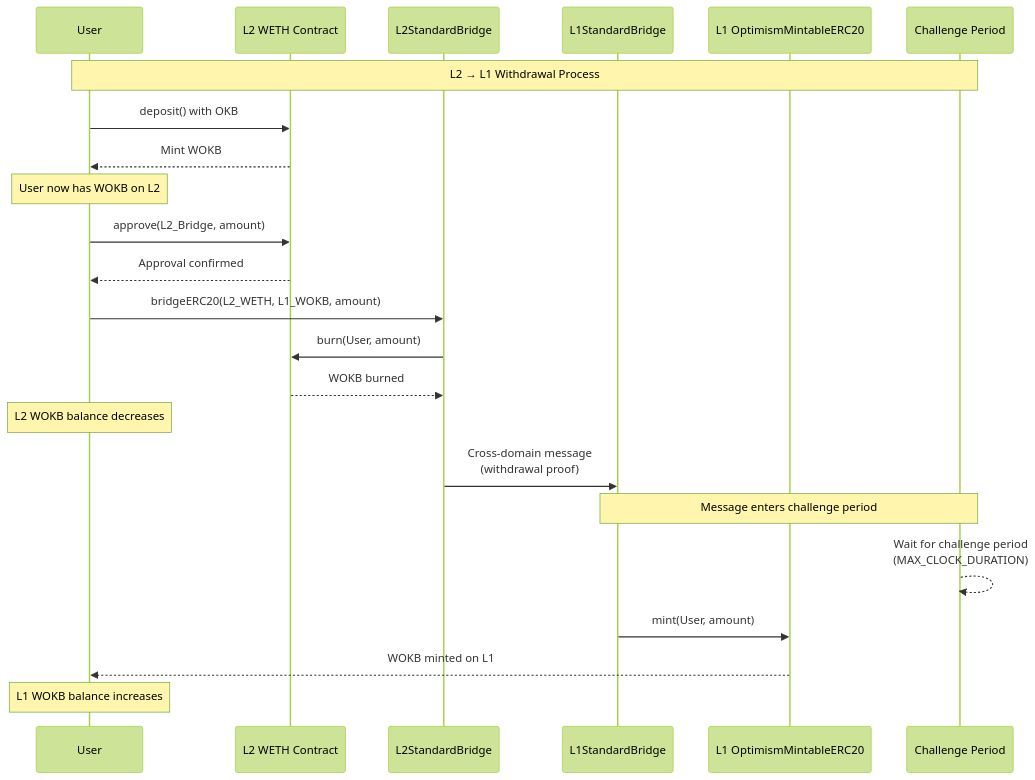
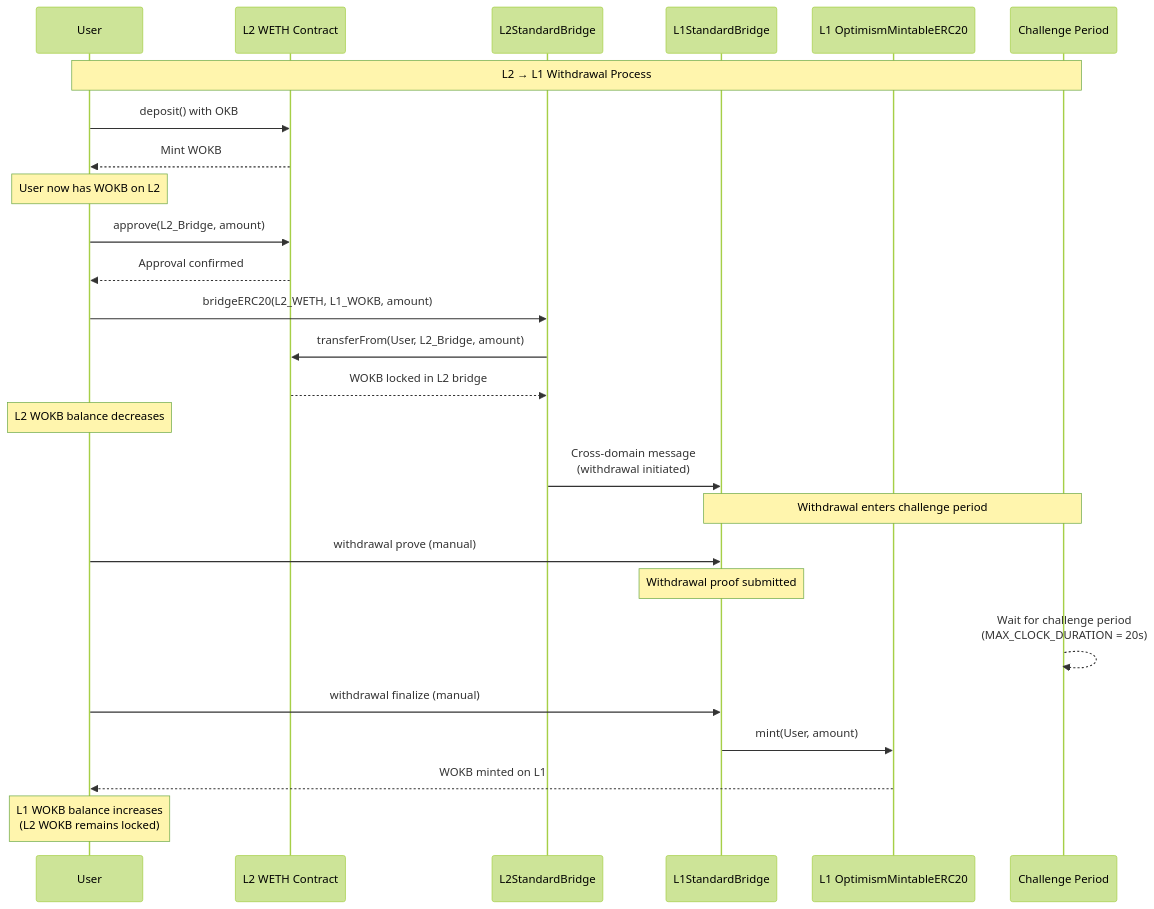
One commit to okx/optimism changed the first of 2 diagrams in test/cross_chain_sequence.md. Above: the diagram before and after it, drawn with Mermaid (forest theme). The commit also changed other lines of this file and 4 other files, not shown here.

````diff
--- a/test/cross_chain_sequence.md
+++ b/test/cross_chain_sequence.md
@@ -5,38 +5,43 @@
 ```mermaid
 sequenceDiagram
     participant User
     participant L2_WETH as L2 WETH Contract
     participant L2_Bridge as L2StandardBridge
     participant L1_Bridge as L1StandardBridge
     participant L1_WOKB as L1 OptimismMintableERC20
     participant Challenge as Challenge Period
 
     Note over User, Challenge: L2 → L1 Withdrawal Process
 
     %% Step 1: User has OKB, converts to WOKB
     User->>L2_WETH: deposit() with OKB
     L2_WETH-->>User: Mint WOKB
     Note over User: User now has WOKB on L2
 
     %% Step 2: Approve bridge
     User->>L2_WETH: approve(L2_Bridge, amount)
     L2_WETH-->>User: Approval confirmed
 
     %% Step 3: Initiate withdrawal
     User->>L2_Bridge: bridgeERC20(L2_WETH, L1_WOKB, amount)
-    L2_Bridge->>L2_WETH: burn(User, amount)
-    L2_WETH-->>L2_Bridge: WOKB burned
+    L2_Bridge->>L2_WETH: transferFrom(User, L2_Bridge, amount)
+    L2_WETH-->>L2_Bridge: WOKB locked in L2 bridge
     Note over User: L2 WOKB balance decreases
 
     %% Step 4: Cross-domain message
-    L2_Bridge->>L1_Bridge: Cross-domain message<br/>(withdrawal proof)
-    Note over L1_Bridge, Challenge: Message enters challenge period
+    L2_Bridge->>L1_Bridge: Cross-domain message<br/>(withdrawal initiated)
+    Note over L1_Bridge, Challenge: Withdrawal enters challenge period
 
-    %% Step 5: Challenge period
-    Challenge-->>Challenge: Wait for challenge period<br/>(MAX_CLOCK_DURATION)
+    %% Step 5: Prove withdrawal (manual step)
+    User->>L1_Bridge: withdrawal prove (manual)
+    Note over L1_Bridge: Withdrawal proof submitted
 
-    %% Step 6: Finalize withdrawal (after challenge period)
+    %% Step 6: Challenge period
+    Challenge-->>Challenge: Wait for challenge period<br/>(MAX_CLOCK_DURATION = 20s)
+
+    %% Step 7: Finalize withdrawal (manual step)
+    User->>L1_Bridge: withdrawal finalize (manual)
     L1_Bridge->>L1_WOKB: mint(User, amount)
     L1_WOKB-->>User: WOKB minted on L1
-    Note over User: L1 WOKB balance increases
+    Note over User: L1 WOKB balance increases<br/>(L2 WOKB remains locked)
 ```
````
